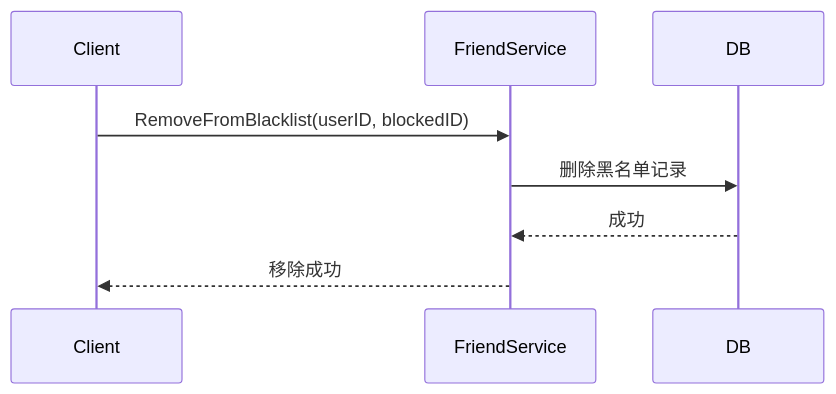
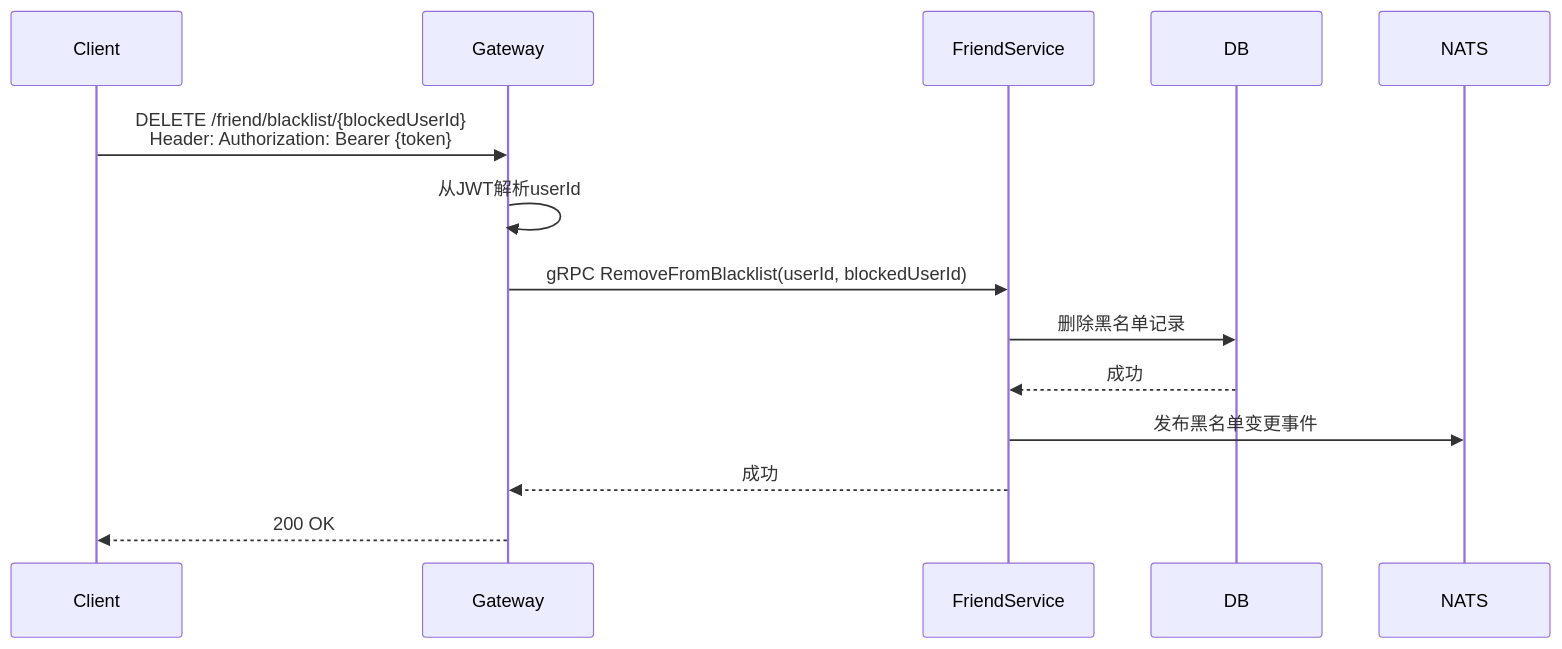
One commit to yzhgit/anychat-server changed the second of 3 diagrams in docs/design/friend/blacklist.md. Above: the diagram before and after it, drawn with Mermaid. The commit also changed other lines of this file and 30 other files, not shown here.

First line of the commit message:
docs: 更新设计文档时序图，添加Gateway和NATS参与者

````diff
--- a/docs/design/friend/blacklist.md
+++ b/docs/design/friend/blacklist.md
@@ -45,11 +51,17 @@
 ```mermaid
 sequenceDiagram
     participant Client
+    participant Gateway
     participant FriendService
     participant DB
+    participant NATS
 
-    Client->>FriendService: RemoveFromBlacklist(userID, blockedID)
+    Client->>Gateway: DELETE /friend/blacklist/{blockedUserId}<br/>Header: Authorization: Bearer {token}
+    Gateway->>Gateway: 从JWT解析userId
+    Gateway->>FriendService: gRPC RemoveFromBlacklist(userId, blockedUserId)
     FriendService->>DB: 删除黑名单记录
     DB-->>FriendService: 成功
-    FriendService-->>Client: 移除成功
+    FriendService->>NATS: 发布黑名单变更事件
+    FriendService-->>Gateway: 成功
+    Gateway-->>Client: 200 OK
 ```
````
